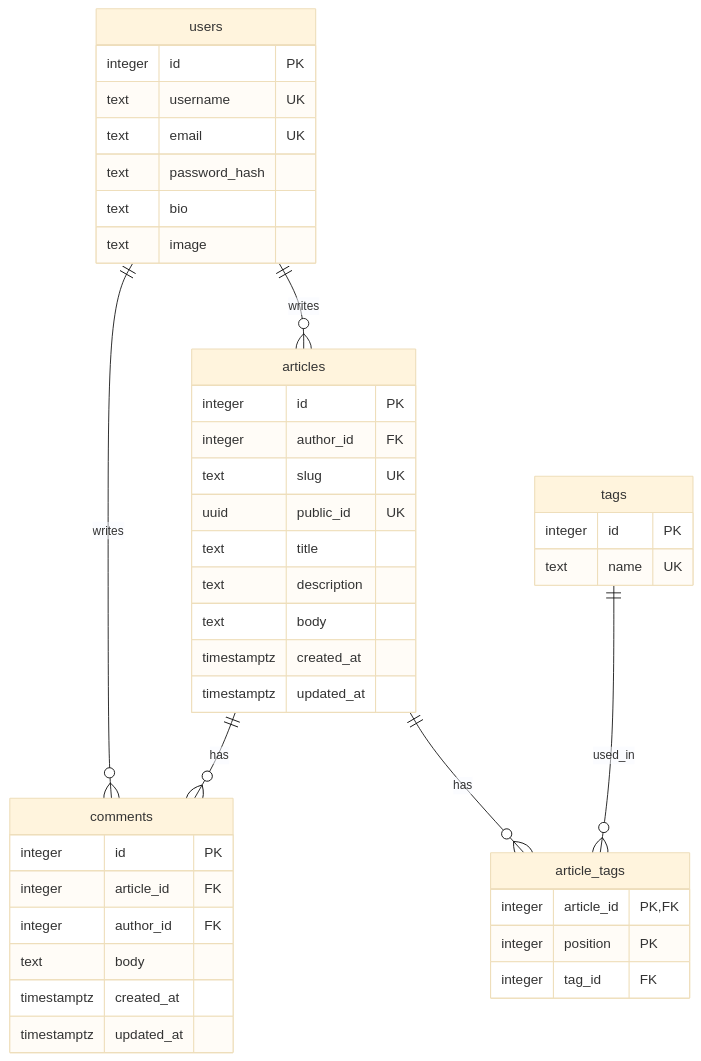
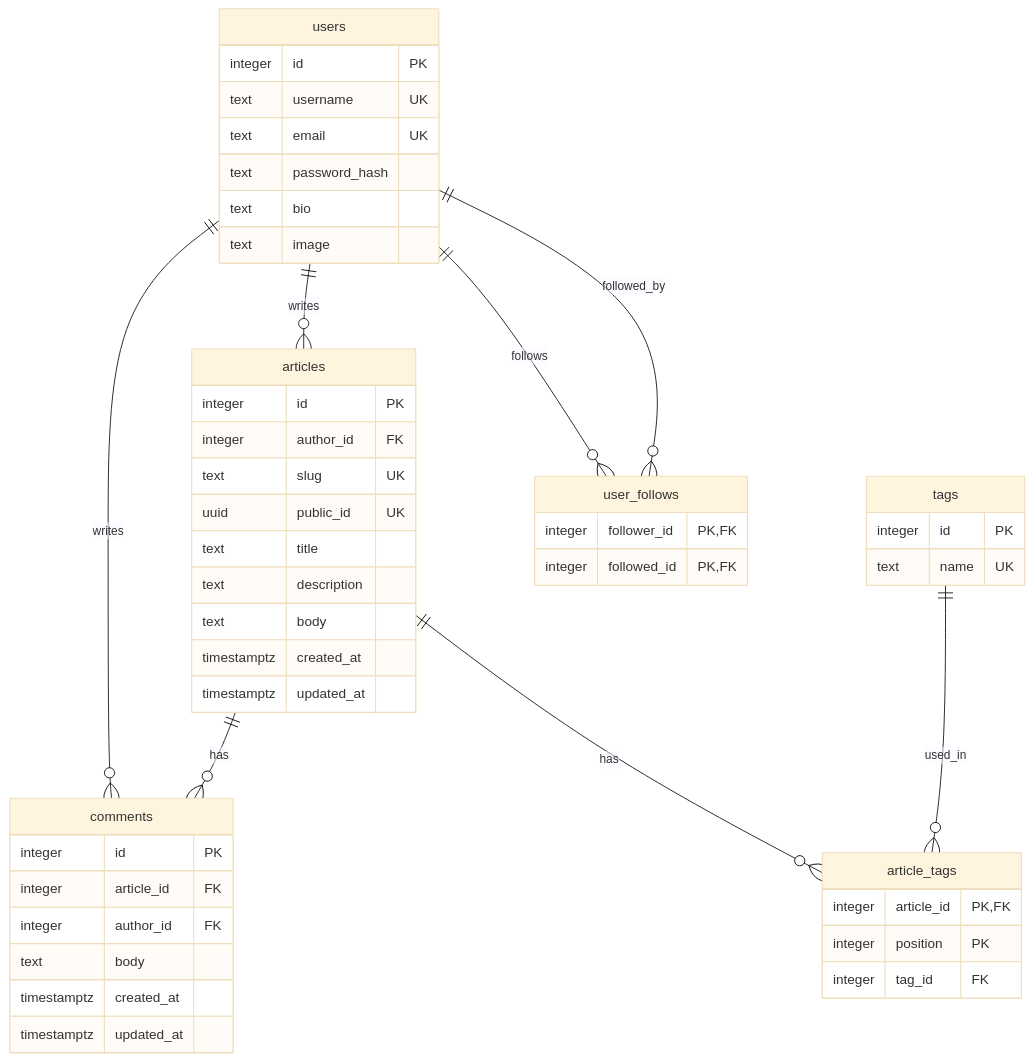
The diagram in docs/architecture/data-model.md (chahoseong/realworld-fastapi-backend), drawn with Mermaid (base theme) before and after one commit. The commit also changed other lines of this file and 19 other files, not shown here.

First line of the commit message:
feat: Implement user follow functionality and update related flows

````diff
--- a/docs/architecture/data-model.md
+++ b/docs/architecture/data-model.md
@@ -5,49 +5,56 @@
 ```mermaid
 erDiagram
     users ||--o{ articles : writes
     users ||--o{ comments : writes
     articles ||--o{ comments : has
     articles ||--o{ article_tags : has
     tags ||--o{ article_tags : used_in
+    users ||--o{ user_follows : follows
+    users ||--o{ user_follows : followed_by
 
     users {
         integer id PK
         text username UK
         text email UK
         text password_hash
         text bio
         text image
     }
 
     articles {
         integer id PK
         integer author_id FK
         text slug UK
         uuid public_id UK
         text title
         text description
         text body
         timestamptz created_at
         timestamptz updated_at
     }
 
     tags {
         integer id PK
         text name UK
     }
 
     article_tags {
         integer article_id PK,FK
         integer position PK
         integer tag_id FK
     }
 
     comments {
         integer id PK
         integer article_id FK
         integer author_id FK
         text body
         timestamptz created_at
         timestamptz updated_at
     }
+
+    user_follows {
+        integer follower_id PK,FK
+        integer followed_id PK,FK
+    }
 ```
````
